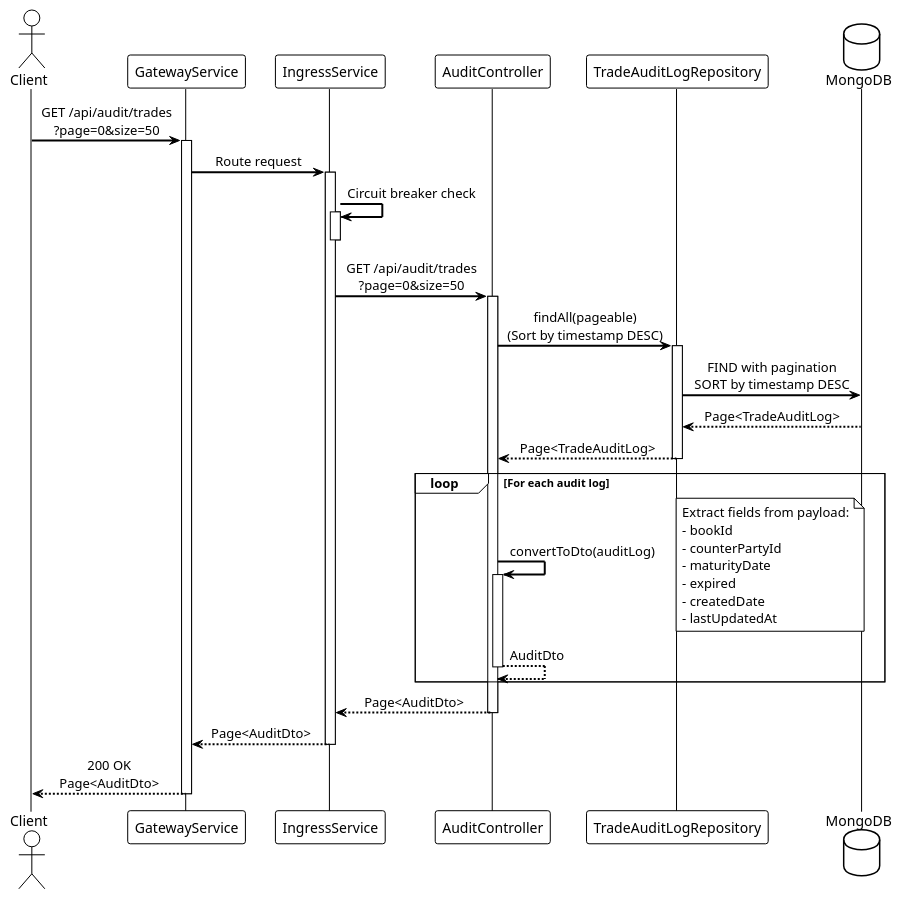
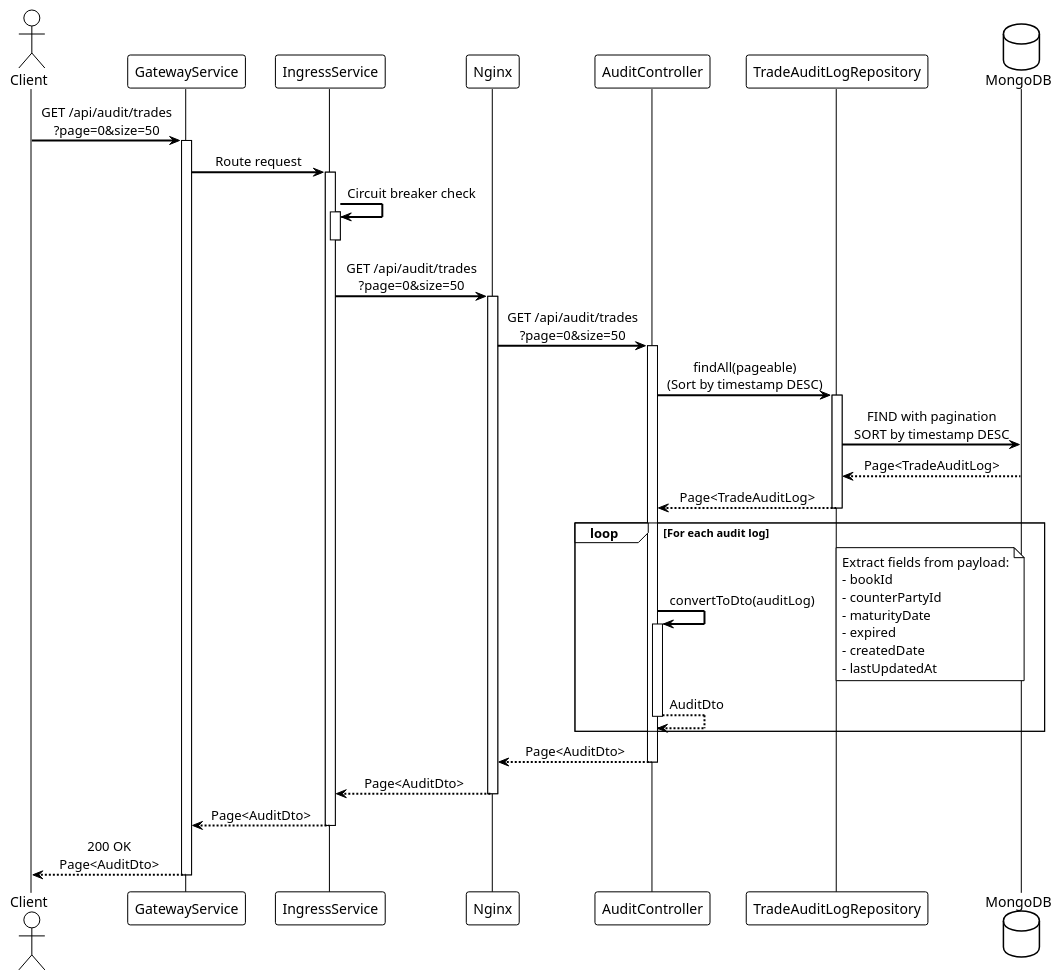
One commit to mukizonese/trade-platform changed the diagram in backend/diagrams/sequence-audit-query.puml. Above: the diagram before and after it, drawn with PlantUML. The commit also changed 6 other files, not shown here.

Commit message:
PlantUML diagrams updated to NGINX proxy between Trade service

```diff
--- a/backend/diagrams/sequence-audit-query.puml
+++ b/backend/diagrams/sequence-audit-query.puml
@@ -1,53 +1,60 @@
 @startuml Audit Log Query
 
 !theme plain
 skinparam backgroundColor #FFFFFF
 skinparam sequenceMessageAlign center
 skinparam sequenceArrowThickness 2
 
 actor Client
 participant GatewayService
 participant IngressService
+participant Nginx
 participant AuditController
 participant TradeAuditLogRepository
 database MongoDB
 
 Client -> GatewayService: GET /api/audit/trades\n?page=0&size=50
 activate GatewayService
 
 GatewayService -> IngressService: Route request
 activate IngressService
 
 IngressService -> IngressService: Circuit breaker check
 activate IngressService
 deactivate IngressService
 
-IngressService -> AuditController: GET /api/audit/trades\n?page=0&size=50
+IngressService -> Nginx: GET /api/audit/trades\n?page=0&size=50
+activate Nginx
+
+Nginx -> AuditController: GET /api/audit/trades\n?page=0&size=50
 activate AuditController
 
 AuditController -> TradeAuditLogRepository: findAll(pageable)\n(Sort by timestamp DESC)
 activate TradeAuditLogRepository
 
 TradeAuditLogRepository -> MongoDB: FIND with pagination\nSORT by timestamp DESC
 MongoDB --> TradeAuditLogRepository: Page<TradeAuditLog>
 TradeAuditLogRepository --> AuditController: Page<TradeAuditLog>
 deactivate TradeAuditLogRepository
 
 loop For each audit log
     AuditController -> AuditController: convertToDto(auditLog)
     activate AuditController
     note right: Extract fields from payload:\n- bookId\n- counterPartyId\n- maturityDate\n- expired\n- createdDate\n- lastUpdatedAt
     AuditController --> AuditController: AuditDto
     deactivate AuditController
 end
 
-AuditController --> IngressService: Page<AuditDto>
+AuditController --> Nginx: Page<AuditDto>
 deactivate AuditController
+
+Nginx --> IngressService: Page<AuditDto>
+deactivate Nginx
 
 IngressService --> GatewayService: Page<AuditDto>
 deactivate IngressService
 
 GatewayService --> Client: 200 OK\nPage<AuditDto>
 deactivate GatewayService
 
 @enduml
```
